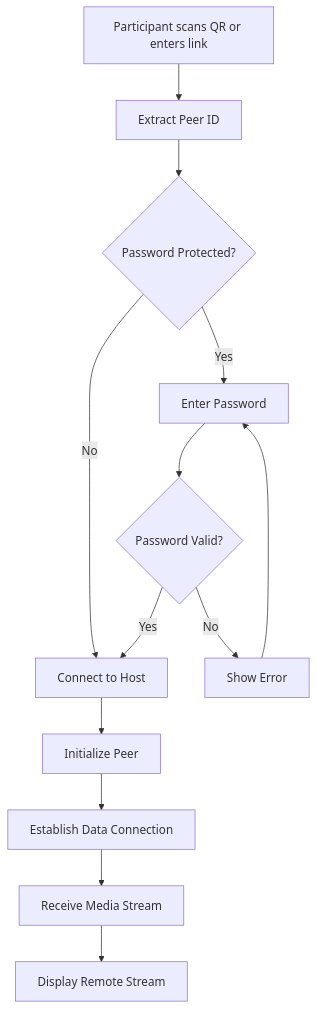
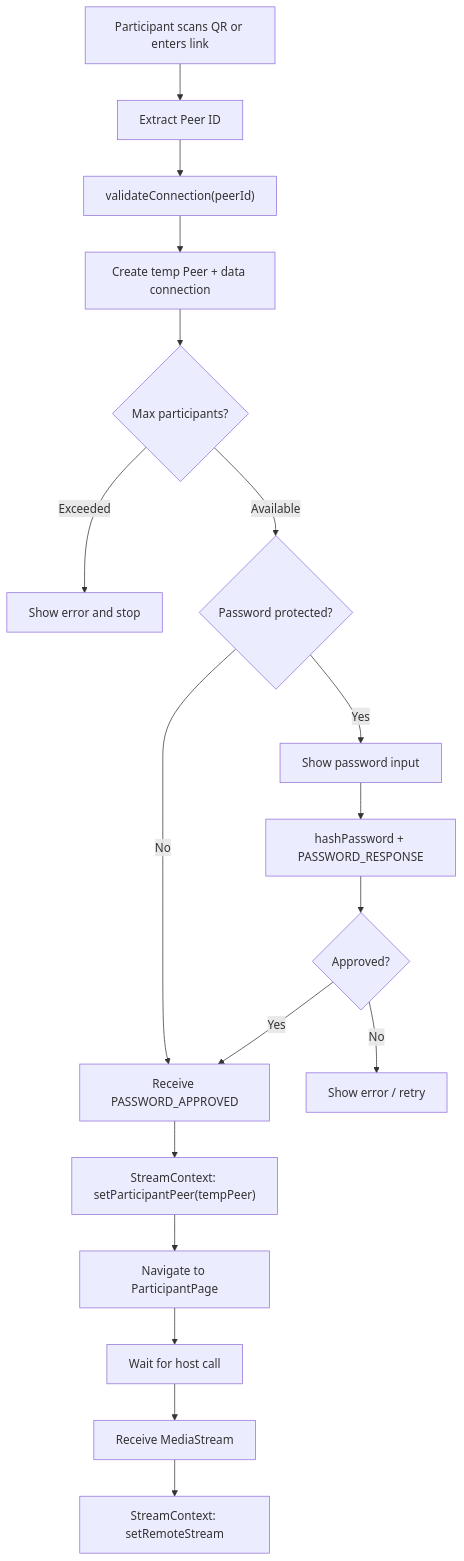
Before and after one commit to BackGwa/Perspective: the fourth of 9 diagrams in ARCHITECTURE.md, drawn with Mermaid. The commit also changed other lines of this file, not shown here.

Commit message:
Expand architecture docs with detailed flow diagrams

````diff
--- a/ARCHITECTURE.md
+++ b/ARCHITECTURE.md
@@ -84,19 +115,23 @@
 ```mermaid
 flowchart TD
     A[Participant scans QR or enters link] --> B[Extract Peer ID]
-    B --> C{Password Protected?}
+    B --> C["validateConnection(peerId)"]
+    C --> D[Create temp Peer + data connection]
+    D --> E{Max participants?}
 
-    C -->|Yes| D[Enter Password]
-    C -->|No| E[Connect to Host]
+    E -->|Exceeded| F[Show error and stop]
+    E -->|Available| G{Password protected?}
 
-    D --> F{Password Valid?}
-    F -->|No| G[Show Error]
-    F -->|Yes| E
+    G -->|No| H[Receive PASSWORD_APPROVED]
+    G -->|Yes| I[Show password input]
+    I --> J[hashPassword + PASSWORD_RESPONSE]
+    J --> K{Approved?}
+    K -->|No| L[Show error / retry]
+    K -->|Yes| H
 
-    G --> D
-
-    E --> H[Initialize Peer]
-    H --> I[Establish Data Connection]
-    I --> J[Receive Media Stream]
-    J --> K[Display Remote Stream]
+    H --> M["StreamContext: setParticipantPeer(tempPeer)"]
+    M --> N[Navigate to ParticipantPage]
+    N --> O[Wait for host call]
+    O --> P[Receive MediaStream]
+    P --> Q[StreamContext: setRemoteStream]
 ```
````
